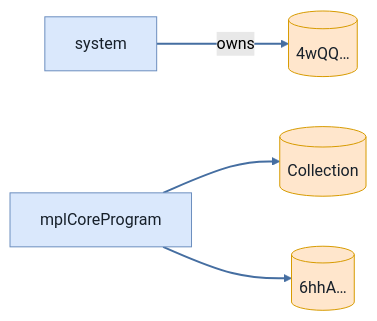
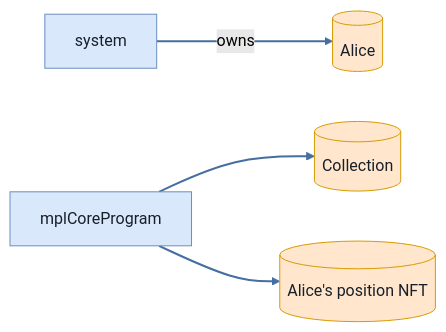
One commit to cds-turbin3/vesting-position changed the ninth of 9 diagrams in babelfish-tests/test-report/freeze_asset_requires_creator.md. Above: the diagram before and after it, drawn with Mermaid (forest theme). The commit also changed other lines of this file and 104 other files, not shown here.

````diff
--- a/babelfish-tests/test-report/freeze_asset_requires_creator.md
+++ b/babelfish-tests/test-report/freeze_asset_requires_creator.md
@@ -408,15 +407,15 @@
 ```mermaid
 flowchart LR
     system["system"]:::program
-    n4wQQ[("4wQQ…")]:::state
+    Alice[("Alice")]:::state
     mplCoreProgram["mplCoreProgram"]:::program
     Collection[("Collection")]:::state
-    n6hhA[("6hhA…")]:::state
-    system -->|owns| n4wQQ
+    AlicespositionNFT[("Alice's position NFT")]:::state
+    system -->|owns| Alice
     mplCoreProgram --> Collection
-    mplCoreProgram --> n6hhA
+    mplCoreProgram --> AlicespositionNFT
     classDef program fill:#dae8fc,stroke:#6c8ebf,color:#17202a;
     classDef signer fill:#d5e8d4,stroke:#82b366,color:#17202a;
     classDef state fill:#ffe6cc,stroke:#d79b00,color:#17202a;
     linkStyle 0,1,2 stroke:#456ea1,stroke-width:2px
 ```
````
